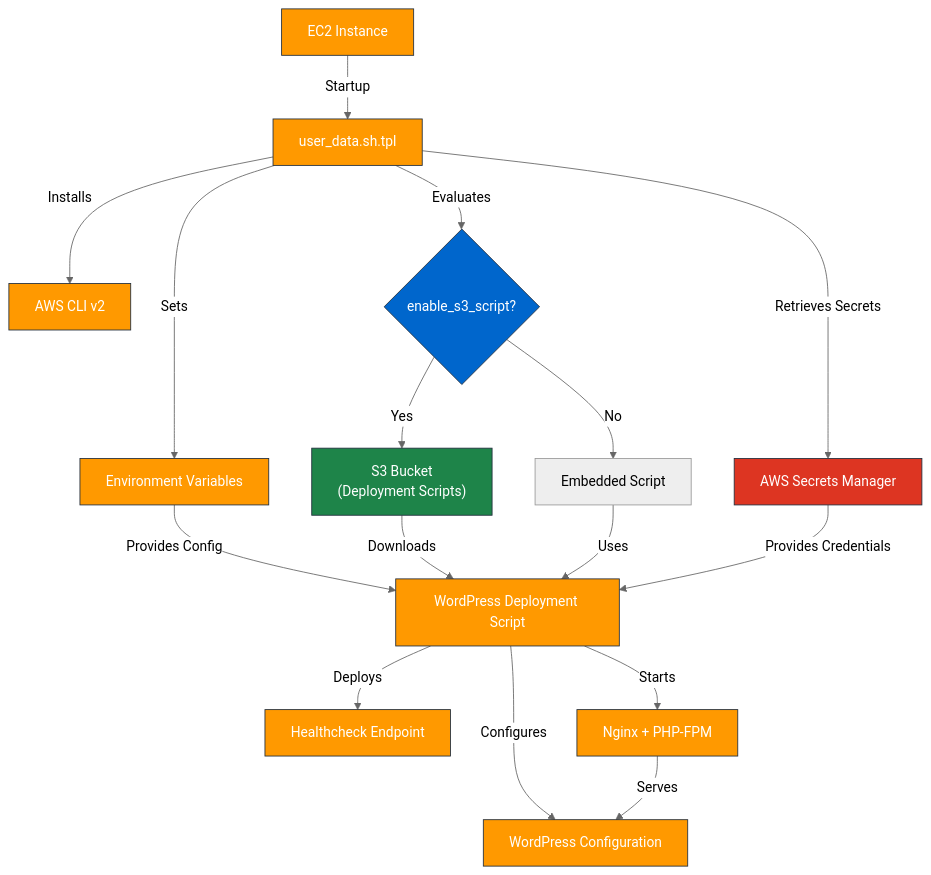
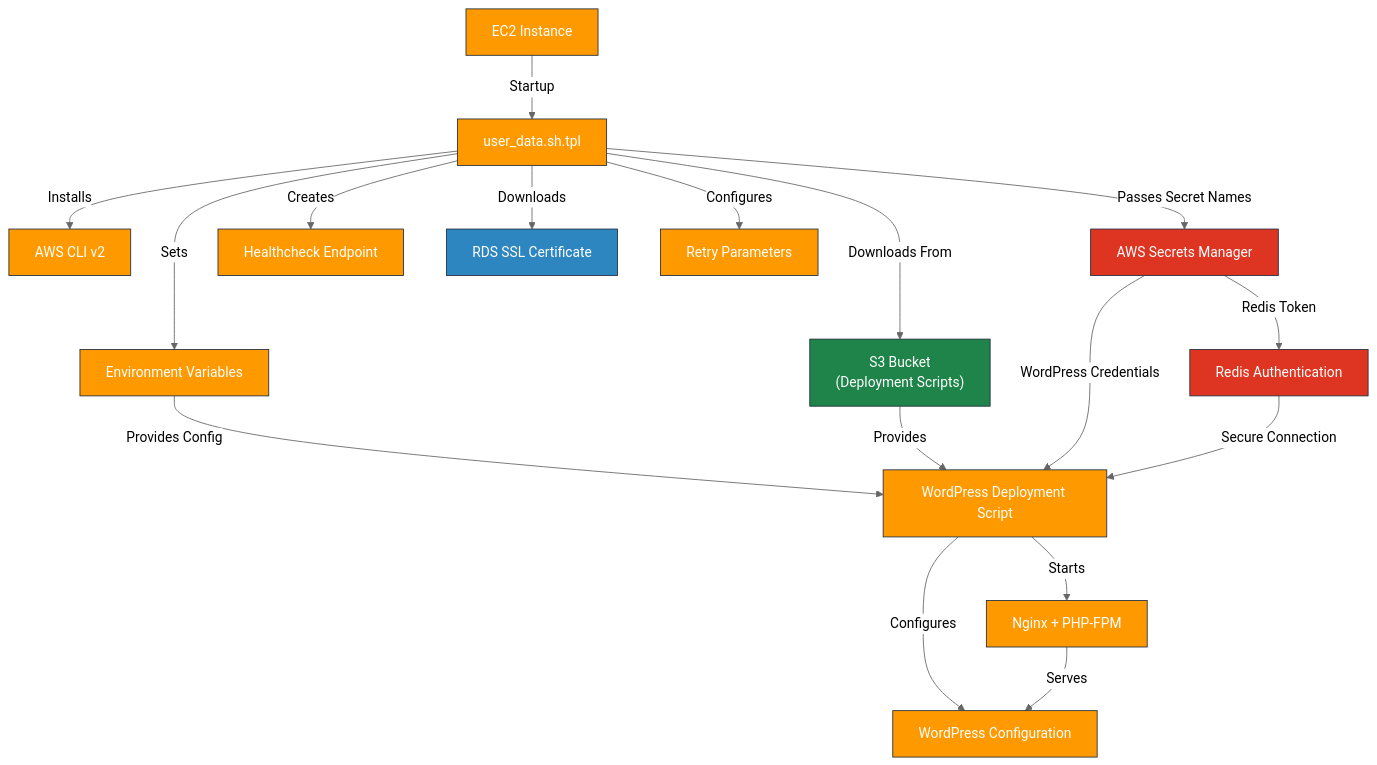
One commit to hetmanskyi-cloud/AWS changed the diagram in terraform/templates/README.md. Above: the diagram before and after it, drawn with Mermaid (neutral theme). The commit also changed other lines of this file and 10 other files, not shown here.

````diff
--- a/terraform/templates/README.md
+++ b/terraform/templates/README.md
@@ -26,52 +26,56 @@
 ```mermaid
 graph TD
   %% Main Components
   EC2["EC2 Instance"]
   UserData["user_data.sh.tpl"]
   AWSCLI["AWS CLI v2"]
   EnvVars["Environment Variables"]
   SecretsManager["AWS Secrets Manager"]
   WPScript["WordPress Deployment Script"]
   WordPress["WordPress Configuration"]
   Healthcheck["Healthcheck Endpoint"]
   WebServer["Nginx + PHP-FPM"]
+  RDSSSL["RDS SSL Certificate"]
+  RedisAuth["Redis Authentication"]
+  RetryParams["Retry Parameters"]
   
   %% S3 Components
   S3Script["S3 Bucket<br>(Deployment Scripts)"]
-  
-  %% Conditional Components
-  ScriptDecision{"enable_s3_script?"}
-  EmbeddedScript["Embedded Script"]
   
   %% Main Flow
   EC2 -->|"Startup"| UserData
   UserData -->|"Installs"| AWSCLI
   UserData -->|"Sets"| EnvVars
+  UserData -->|"Downloads"| RDSSSL
+  UserData -->|"Creates"| Healthcheck
+  UserData -->|"Configures"| RetryParams
   EnvVars -->|"Provides Config"| WPScript
-  UserData -->|"Evaluates"| ScriptDecision
   
-  ScriptDecision -->|"Yes"| S3Script
-  ScriptDecision -->|"No"| EmbeddedScript
-  S3Script -->|"Downloads"| WPScript
-  EmbeddedScript -->|"Uses"| WPScript
+  %% Script Download Logic
+  UserData -->|"Downloads From"| S3Script
+  S3Script -->|"Provides"| WPScript
   
-  UserData -->|"Retrieves Secrets"| SecretsManager
-  SecretsManager -->|"Provides Credentials"| WPScript
+  %% Secrets Flow
+  UserData -->|"Passes Secret Names"| SecretsManager
+  SecretsManager -->|"WordPress Credentials"| WPScript
+  SecretsManager -->|"Redis Token"| RedisAuth
+  RedisAuth -->|"Secure Connection"| WPScript
   
+  %% WordPress Configuration
   WPScript -->|"Configures"| WordPress
-  WPScript -->|"Deploys"| Healthcheck
   WPScript -->|"Starts"| WebServer
   WebServer -->|"Serves"| WordPress
   
   %% Styling
   classDef compute fill:#FF9900,stroke:#232F3E,color:white
   classDef storage fill:#1E8449,stroke:#232F3E,color:white
   classDef security fill:#DD3522,stroke:#232F3E,color:white
   classDef decision fill:#0066CC,stroke:#232F3E,color:white
   classDef service fill:#7D3C98,stroke:#232F3E,color:white
+  classDef network fill:#2E86C1,stroke:#232F3E,color:white
   
-  class EC2,UserData,AWSCLI,EnvVars,WPScript,WordPress,Healthcheck,WebServer compute
+  class EC2,UserData,AWSCLI,EnvVars,WPScript,WordPress,Healthcheck,WebServer,RetryParams compute
   class S3Script storage
-  class SecretsManager security
-  class ScriptDecision decision
+  class SecretsManager,RedisAuth security
+  class RDSSSL network
 ```
````
